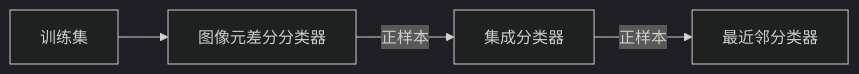
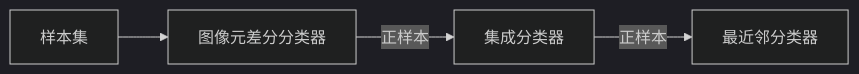
Before and after one commit to caibingcheng/opencv-docs: the diagram in tracking/docs/introductions/src/模块介绍.md, drawn with Mermaid (dark theme). The commit also changed other lines of this file and 2 other files, not shown here.

Commit message:
add algorithm flow for tracking

````diff
--- a/tracking/docs/introductions/src/模块介绍.md
+++ b/tracking/docs/introductions/src/模块介绍.md
@@ -1165,6 +1191,6 @@
 ```mermaid
 graph LR
-A[训练集]-->B[图像元差分分类器]
+A[样本集]-->B[图像元差分分类器]
 B[图像元差分分类器]-->|正样本|C[集成分类器]
 C[集成分类器]-->|正样本|D[最近邻分类器]
 ```
````
